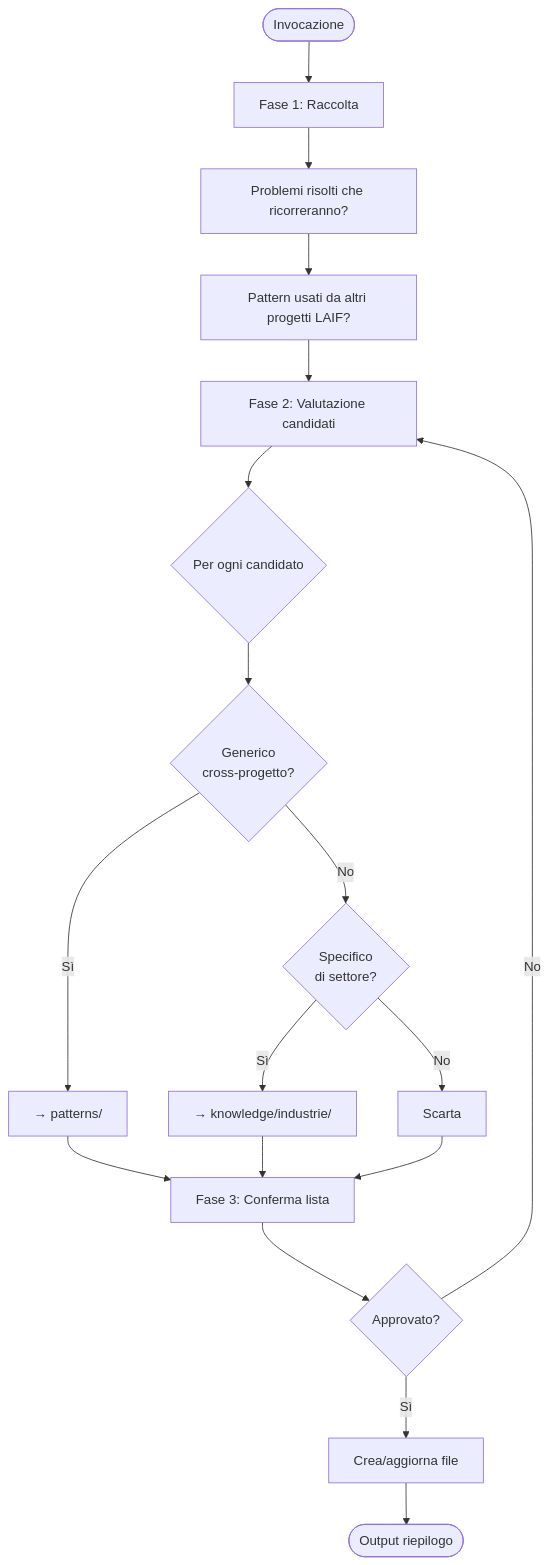
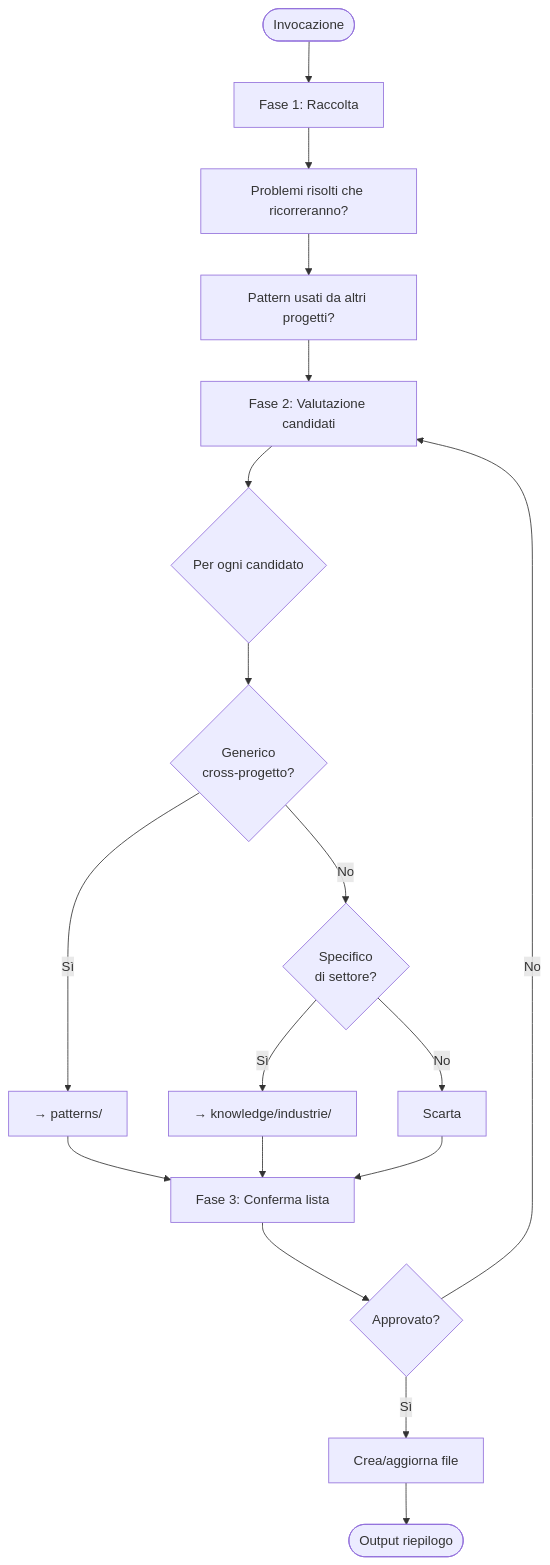
One commit to SimoneBriganteLaif/SimoneAI changed the sixth of 8 diagrams in docs/skills.md. Above: the diagram before and after it, drawn with Mermaid. The commit also changed other lines of this file and 14 other files, not shown here.

````diff
--- a/docs/skills.md
+++ b/docs/skills.md
@@ -142,20 +173,20 @@
 ```mermaid
 flowchart TD
     START([Invocazione]) --> P1[Fase 1: Raccolta]
     P1 --> Q1[Problemi risolti che ricorreranno?]
-    Q1 --> Q2[Pattern usati da altri progetti LAIF?]
+    Q1 --> Q2[Pattern usati da altri progetti?]
     Q2 --> P2[Fase 2: Valutazione candidati]
     P2 --> EVAL{Per ogni candidato}
     EVAL --> C1{Generico\ncross-progetto?}
     C1 -->|Sì| PAT[→ patterns/]
     C1 -->|No| C2{Specifico\ndi settore?}
     C2 -->|Sì| KNOW[→ knowledge/industrie/]
     C2 -->|No| SKIP[Scarta]
     PAT --> P3
     KNOW --> P3
     SKIP --> P3[Fase 3: Conferma lista]
     P3 --> CONFIRM{Approvato?}
     CONFIRM -->|Sì| EXEC[Crea/aggiorna file]
     CONFIRM -->|No| P2
     EXEC --> DONE([Output riepilogo])
 ```
````
